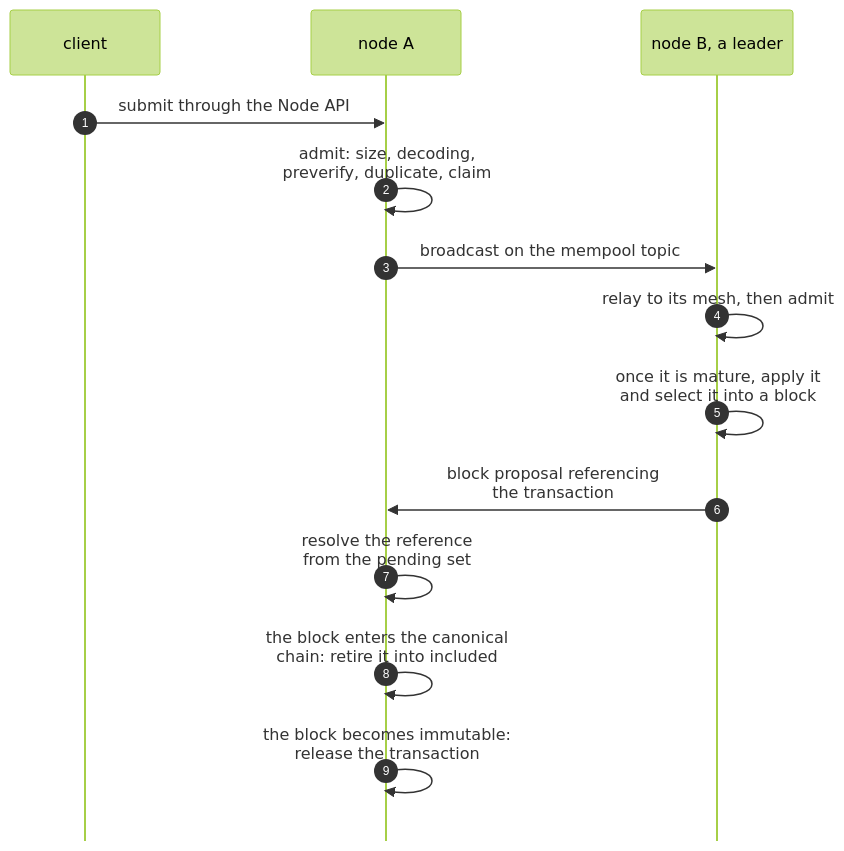
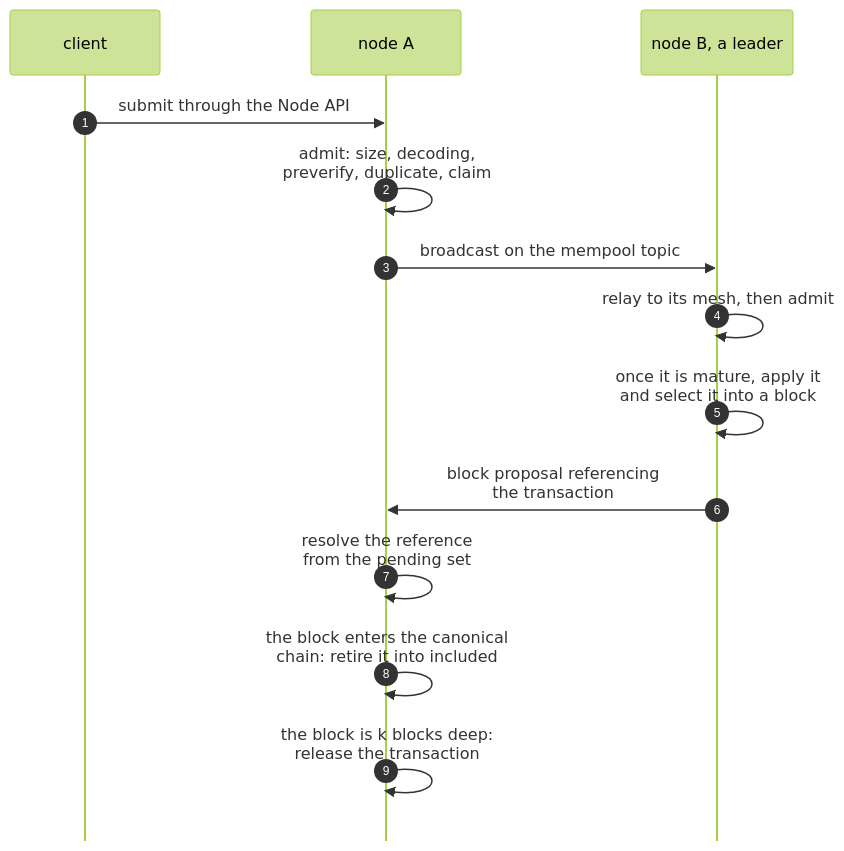
The fourth of 4 diagrams in docs/blockchain/raw/mempool.md (logos-co/logos-lips), drawn with Mermaid (forest theme) before and after one commit. The commit also changed other lines of this file, not shown here.

First line of the commit message:
docs(blockchain): release included transactions at depth k, not at the immutable block

````diff
--- a/docs/blockchain/raw/mempool.md
+++ b/docs/blockchain/raw/mempool.md
@@ -189,21 +189,21 @@
 ```mermaid
 ---
 config:
   sequence:
     mirrorActors: false
 ---
 sequenceDiagram
     autonumber
     participant C as client
     participant A as node A
     participant B as node B, a leader
     C->>A: submit through the Node API
     A->>A: admit: size, decoding,<br/>preverify, duplicate, claim
     A->>B: broadcast on the mempool topic
     B->>B: relay to its mesh, then admit
     B->>B: once it is mature, apply it<br/>and select it into a block
     B->>A: block proposal referencing<br/>the transaction
     A->>A: resolve the reference<br/>from the pending set
     A->>A: the block enters the canonical<br/>chain: retire it into included
-    A->>A: the block becomes immutable:<br/>release the transaction
+    A->>A: the block is k blocks deep:<br/>release the transaction
 ```
````
